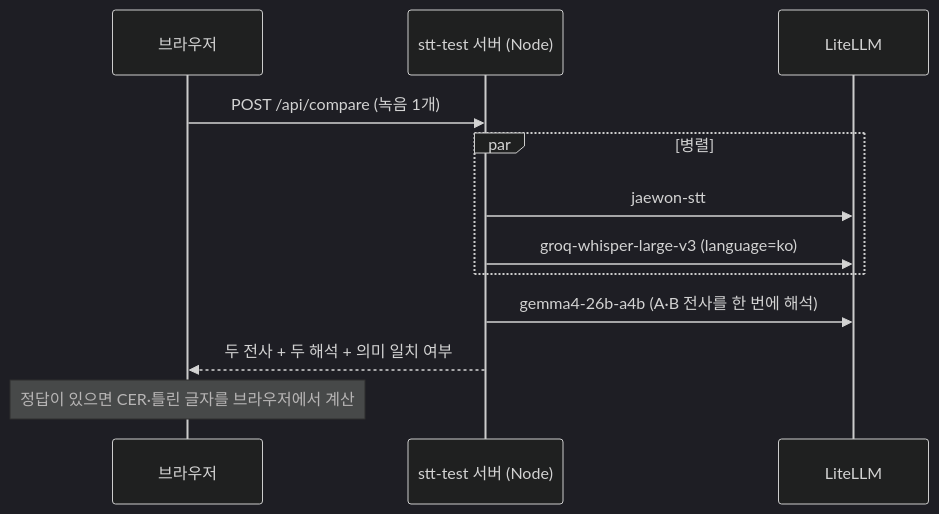
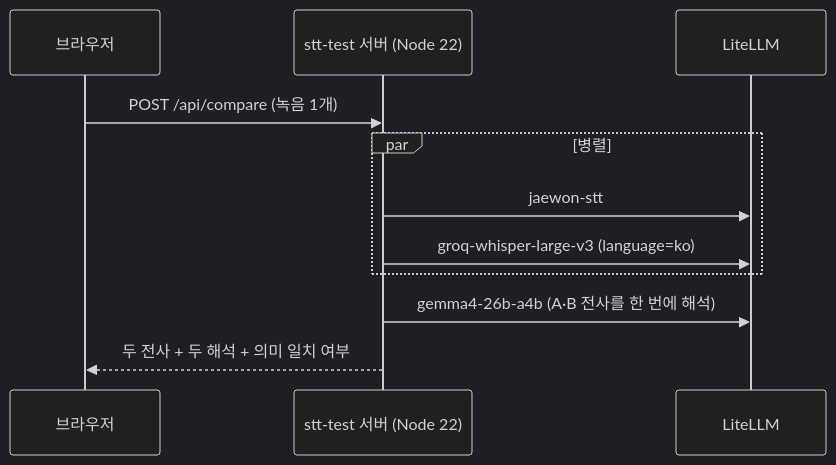
Before and after one commit to david365-lee/korean-dialect-stt: the first of 3 diagrams in README.md, drawn with Mermaid (dark theme). The commit also changed other lines of this file and 30 other files, not shown here.

First line of the commit message:
Final README: single document, vivid charts, GPU/CPU split

````diff
--- a/README.md
+++ b/README.md
@@ -67,14 +90,13 @@
 ```mermaid
 sequenceDiagram
     participant B as 브라우저
-    participant S as stt-test 서버 (Node)
+    participant S as stt-test 서버 (Node 22)
     participant L as LiteLLM
     B->>S: POST /api/compare (녹음 1개)
     par 병렬
         S->>L: jaewon-stt
         S->>L: groq-whisper-large-v3 (language=ko)
     end
     S->>L: gemma4-26b-a4b (A·B 전사를 한 번에 해석)
     S-->>B: 두 전사 + 두 해석 + 의미 일치 여부
-    Note over B: 정답이 있으면 CER·틀린 글자를 브라우저에서 계산
 ```
````
